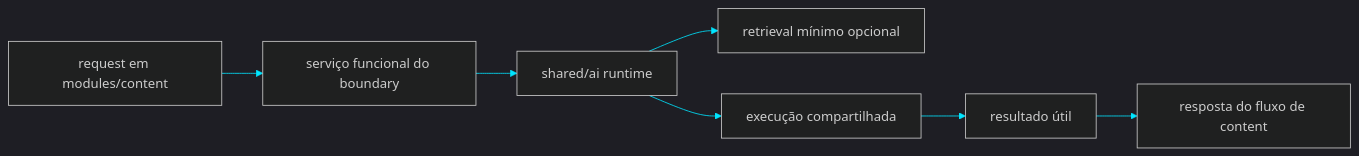
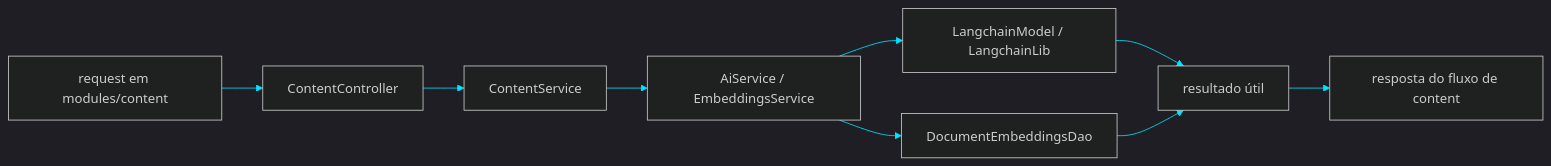
Before and after one commit to matheusdiamantino-betalent/questions-ai: the diagram in PR 30 — Fase 2: Primeiro Consumo Funcional do Shared AI Runtime.md, drawn with Mermaid. The commit also changed other lines of this file, not shown here.

Commit message:
Update PR 30 — Fase 2: Primeiro Consumo Funcional do Shared AI Runtime.md

````diff
--- a/PR 30 — Fase 2: Primeiro Consumo Funcional do Shared AI Runtime.md
+++ b/PR 30 — Fase 2: Primeiro Consumo Funcional do Shared AI Runtime.md
@@ -101,10 +102,12 @@
 ```mermaid
 %%{init: {'theme':'dark','themeVariables':{'primaryColor':'#0f172a','primaryTextColor':'#e5e7eb','primaryBorderColor':'#39ff14','lineColor':'#00e5ff','secondaryColor':'#111827','tertiaryColor':'#111827'}}}%%
 flowchart LR
-    A["request em modules/content"] --> B["serviço funcional do boundary"]
-    B --> C["shared/ai runtime"]
-    C --> D["retrieval mínimo opcional"]
-    C --> E["execução compartilhada"]
-    E --> F["resultado útil"]
-    F --> G["resposta do fluxo de content"]
+    A["request em modules/content"] --> B["ContentController"]
+    B --> C["ContentService"]
+    C --> D["AiService / EmbeddingsService"]
+    D --> E["LangchainModel / LangchainLib"]
+    D --> F["DocumentEmbeddingsDao"]
+    E --> G["resultado útil"]
+    F --> G
+    G --> H["resposta do fluxo de content"]
 ```
````
